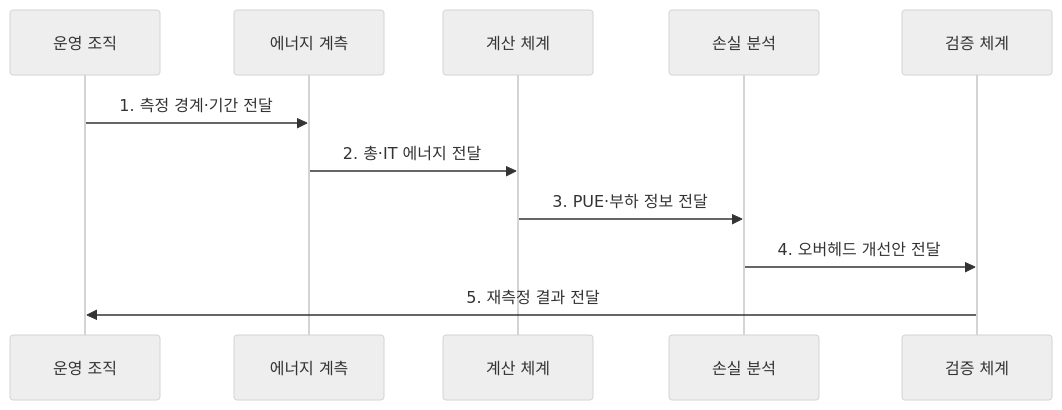
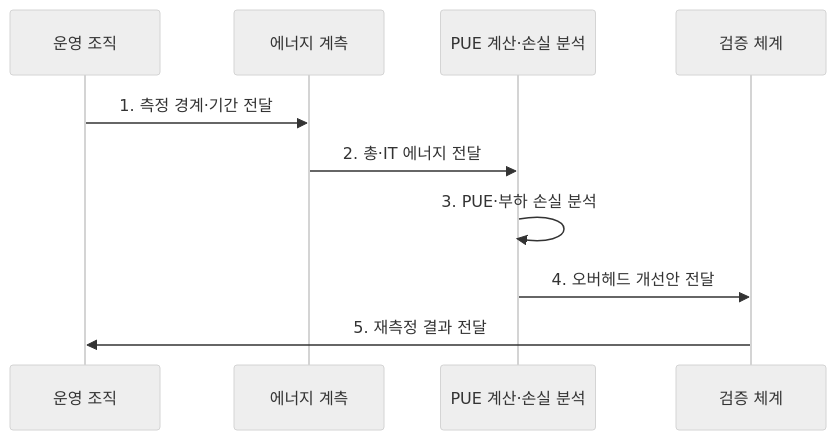
One commit to agnusdei1207/knowledge-base changed the second of 2 diagrams in src/content/docs/notes/08-latest-tech/198_power_usage_effectiveness.md. Above: the diagram before and after it, drawn with Mermaid (neutral theme). The commit also changed other lines of this file and 6 other files, not shown here.

Commit message:
Focus sustainability and emerging technology flows

````diff
--- a/src/content/docs/notes/08-latest-tech/198_power_usage_effectiveness.md
+++ b/src/content/docs/notes/08-latest-tech/198_power_usage_effectiveness.md
@@ -101,13 +101,12 @@
 ```mermaid
 sequenceDiagram
   participant O as 운영 조직
   participant M as 에너지 계측
-  participant C as 계산 체계
-  participant A as 손실 분석
+    participant C as PUE 계산·손실 분석
   participant V as 검증 체계
   O->>M: 1. 측정 경계·기간 전달
   M->>C: 2. 총·IT 에너지 전달
-  C->>A: 3. PUE·부하 정보 전달
-  A->>V: 4. 오버헤드 개선안 전달
+    C->>C: 3. PUE·부하 손실 분석
+    C->>V: 4. 오버헤드 개선안 전달
   V->>O: 5. 재측정 결과 전달
 ```
````
